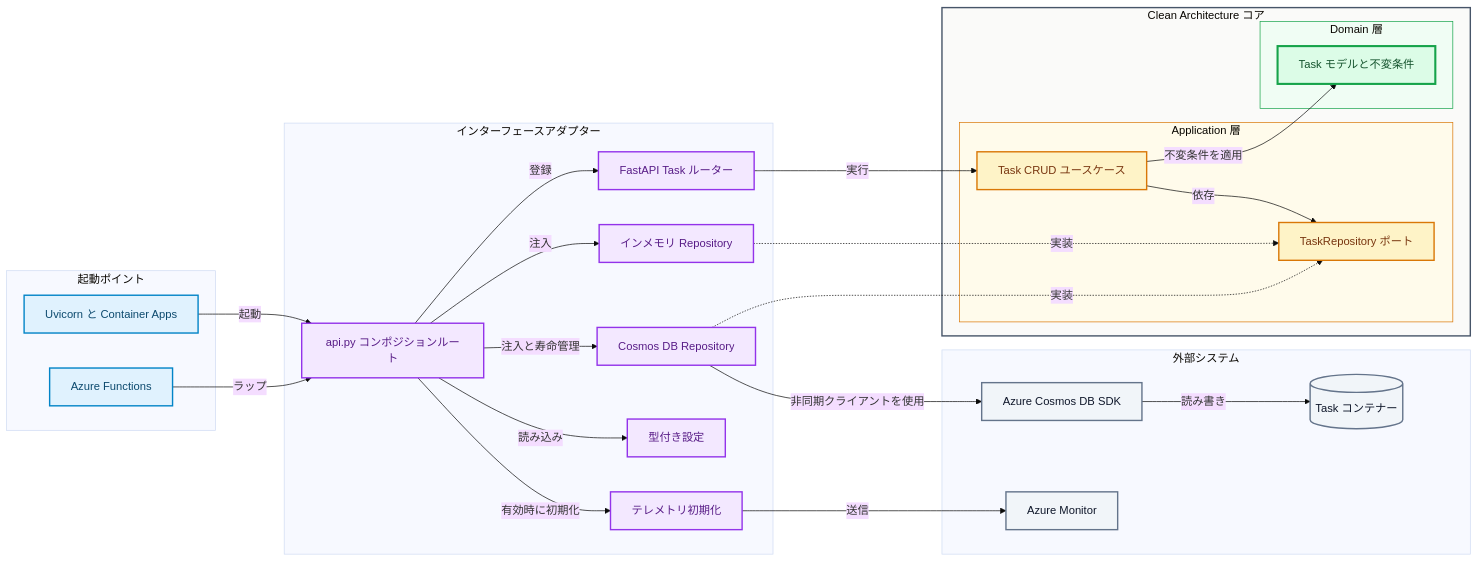
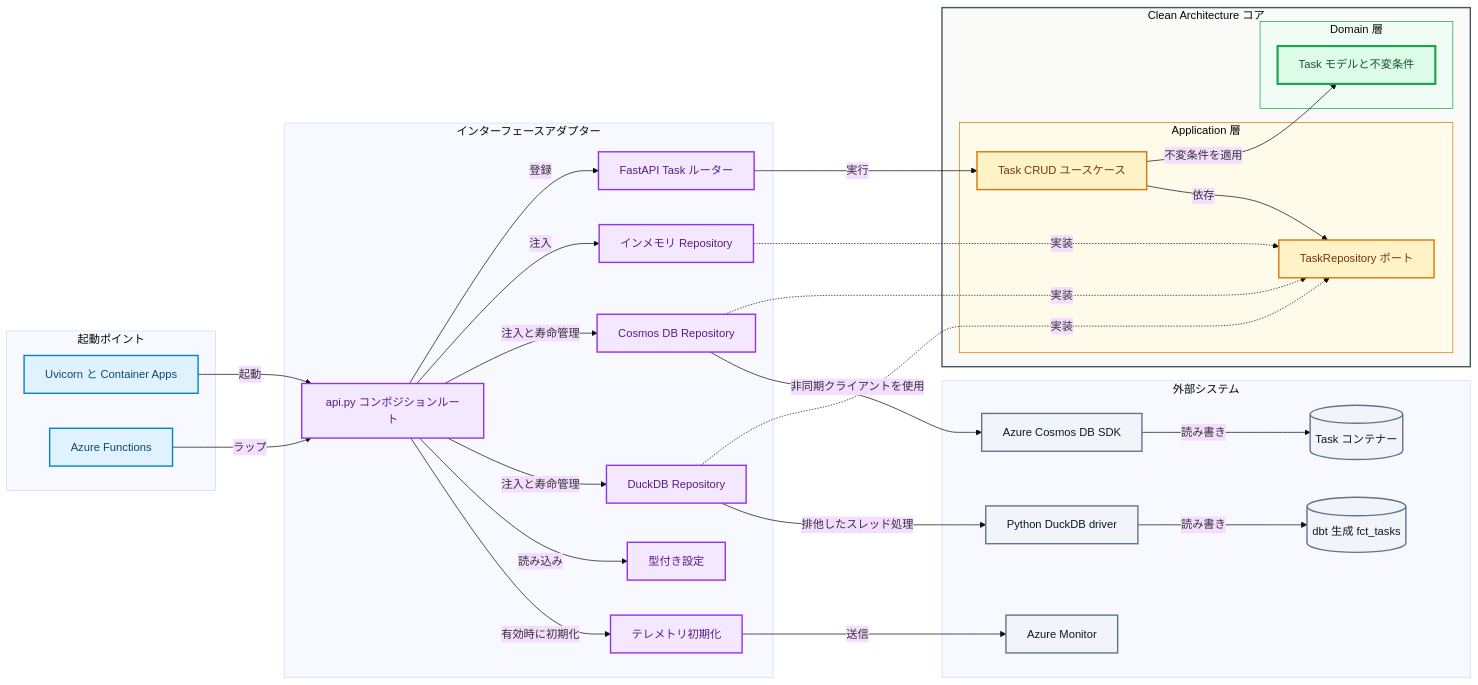
The first of 3 diagrams in docs/architecture/index.ja.md (ks6088ts-labs/template-azure-python), drawn with Mermaid (base theme) before and after one commit. The commit also changed other lines of this file and 29 other files, not shown here.

First line of the commit message:
Add DuckDB support for task repository and related tests

````diff
--- a/docs/architecture/index.ja.md
+++ b/docs/architecture/index.ja.md
@@ -34,62 +35,69 @@
 ```mermaid
 flowchart LR
     subgraph ApiEntrypoints["起動ポイント"]
         launcher["Uvicorn と Container Apps"]
         functions["Azure Functions"]
     end
 
     subgraph ApiOuter["インターフェースアダプター"]
         api["api.py コンポジションルート"]
         http["FastAPI Task ルーター"]
         memory["インメモリ Repository"]
         cosmos["Cosmos DB Repository"]
+        duck["DuckDB Repository"]
         telemetry["テレメトリ初期化"]
         settings["型付き設定"]
     end
 
     subgraph ApiCore["Clean Architecture コア"]
         subgraph ApiApplication["Application 層"]
             usecases["Task CRUD ユースケース"]
             port["TaskRepository ポート"]
         end
         subgraph ApiDomain["Domain 層"]
             domain["Task モデルと不変条件"]
         end
     end
 
     subgraph ApiExternal["外部システム"]
         cosmossdk["Azure Cosmos DB SDK"]
         data[("Task コンテナー")]
+        duckdriver["Python DuckDB driver"]
+        duckdata[("dbt 生成 fct_tasks")]
         monitor["Azure Monitor"]
     end
 
     launcher -->|"起動"| api
     functions -->|"ラップ"| api
     api -->|"登録"| http
     http -->|"実行"| usecases
     usecases -->|"不変条件を適用"| domain
     usecases -->|"依存"| port
     api -->|"注入"| memory
     api -->|"注入と寿命管理"| cosmos
+    api -->|"注入と寿命管理"| duck
     memory -.->|"実装"| port
     cosmos -.->|"実装"| port
+    duck -.->|"実装"| port
     cosmos -->|"非同期クライアントを使用"| cosmossdk
     cosmossdk -->|"読み書き"| data
+    duck -->|"排他したスレッド処理"| duckdriver
+    duckdriver -->|"読み書き"| duckdata
     api -->|"読み込み"| settings
     api -->|"有効時に初期化"| telemetry
     telemetry -->|"送信"| monitor
 
     classDef entry fill:#E0F2FE,stroke:#0284C7,color:#0C4A6E,stroke-width:2px
     classDef adapter fill:#F3E8FF,stroke:#9333EA,color:#581C87,stroke-width:2px
     classDef application fill:#FEF3C7,stroke:#D97706,color:#78350F,stroke-width:2px
     classDef domain fill:#DCFCE7,stroke:#16A34A,color:#14532D,stroke-width:3px
     classDef external fill:#F1F5F9,stroke:#64748B,color:#0F172A,stroke-width:2px
     class launcher,functions entry
-    class api,http,memory,cosmos,telemetry,settings adapter
+    class api,http,memory,cosmos,duck,telemetry,settings adapter
     class usecases,port application
     class domain domain
-    class cosmossdk,data,monitor external
+    class cosmossdk,data,duckdriver,duckdata,monitor external
     style ApiCore fill:#FAFAF9,stroke:#475569,stroke-width:2px
     style ApiApplication fill:#FFFBEB,stroke:#D97706,stroke-width:1px
     style ApiDomain fill:#F0FDF4,stroke:#16A34A,stroke-width:1px
 ```
````
